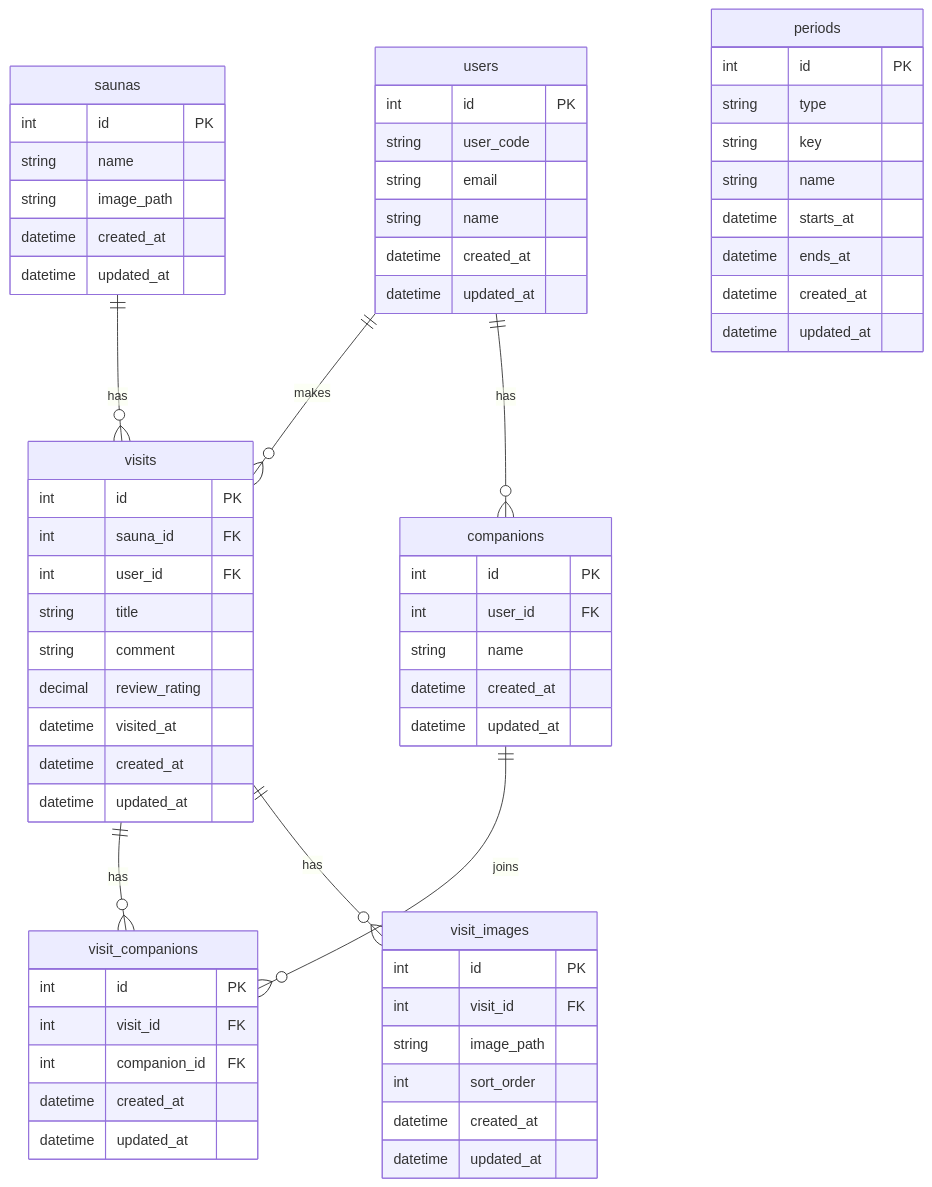
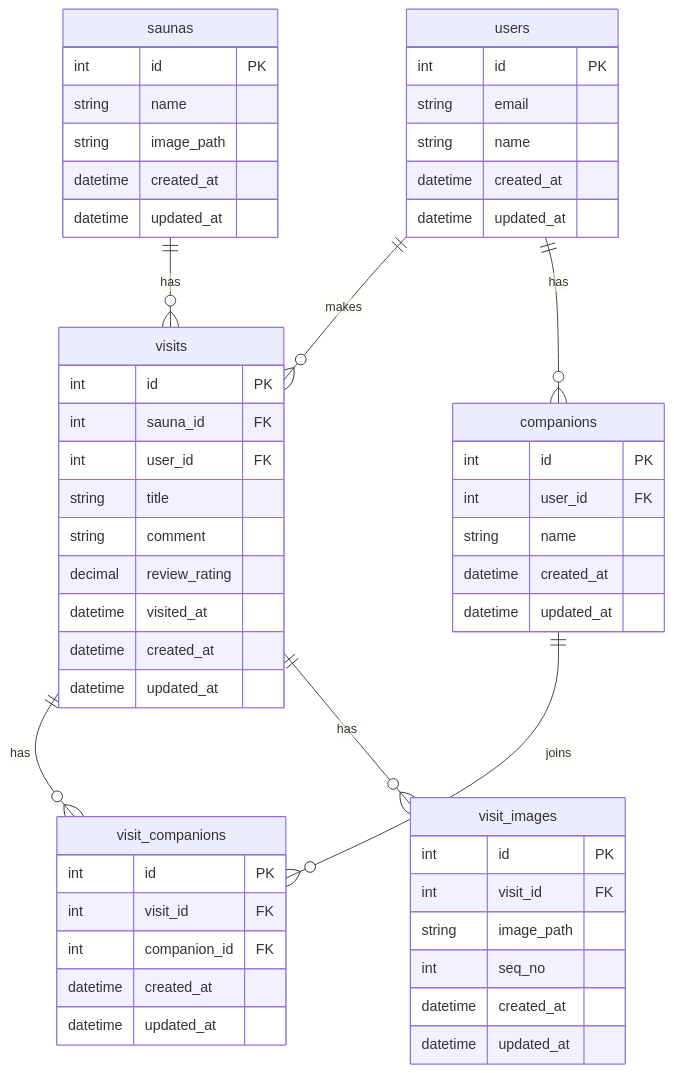
The diagram in doc/ERD /ERD.md (mikuta001/sauna-memories-app), drawn with Mermaid before and after one commit.

Commit message:
ERD修正

````diff
--- a/doc/ERD /ERD.md
+++ b/doc/ERD /ERD.md
@@ -1,78 +1,64 @@
 ```mermaid
 erDiagram
 
   visits {
     int id PK
     int sauna_id FK
     int user_id FK
     string title
     string comment
     decimal review_rating
     datetime visited_at
     datetime created_at
     datetime updated_at
   }
 
   visit_companions {
     int id PK
     int visit_id FK
     int companion_id FK
     datetime created_at
     datetime updated_at
   }
 
   visit_images {
     int id PK
     int visit_id FK
     string image_path
-    int sort_order
+    int seq_no
     datetime created_at
     datetime updated_at
   }
 
   saunas {
     int id PK
     string name
     string image_path
     datetime created_at
     datetime updated_at
   }
 
   companions {
     int id PK
     int user_id FK
     string name
     datetime created_at
     datetime updated_at
   }
 
   users {
     int id PK
-    string user_code
     string email
     string name
     datetime created_at
     datetime updated_at
   }
-
-  periods {
-    int id PK
-    string type
-    string key
-    string name
-    datetime starts_at
-    datetime ends_at
-    datetime created_at
-    datetime updated_at
-  }
-
-
 
   users ||--o{ visits : makes
   saunas ||--o{ visits : has
   visits ||--o{ visit_companions : has
   visits ||--o{ visit_images : has
   companions ||--o{ visit_companions : joins
   users ||--o{ companions : has
 
 ```
````
